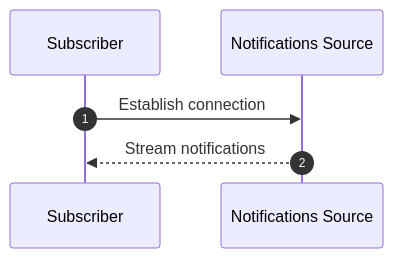
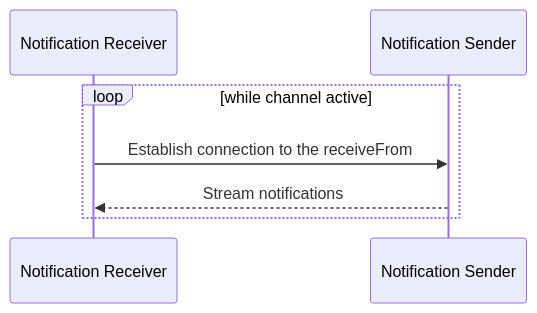
Before and after one commit to solid/notifications: the diagram in notifications-flow-source.mmd, drawn with Mermaid. The commit also changed 2 other files, not shown here.

Commit message:
update sequence diagrams

```diff
--- a/notifications-flow-source.mmd
+++ b/notifications-flow-source.mmd
@@ -1,7 +1,8 @@
 sequenceDiagram
-  autonumber
-  participant Subscriber
-  participant Notifications Source
+  participant Notification Receiver
+  participant Notification Sender
 
-  Subscriber ->> Notifications Source: Establish connection
-  Notifications Source -->> Subscriber: Stream notifications
+  loop while channel active
+    Notification Receiver ->> Notification Sender: Establish connection to the receiveFrom
+    Notification Sender -->> Notification Receiver: Stream notifications
+  end
```
